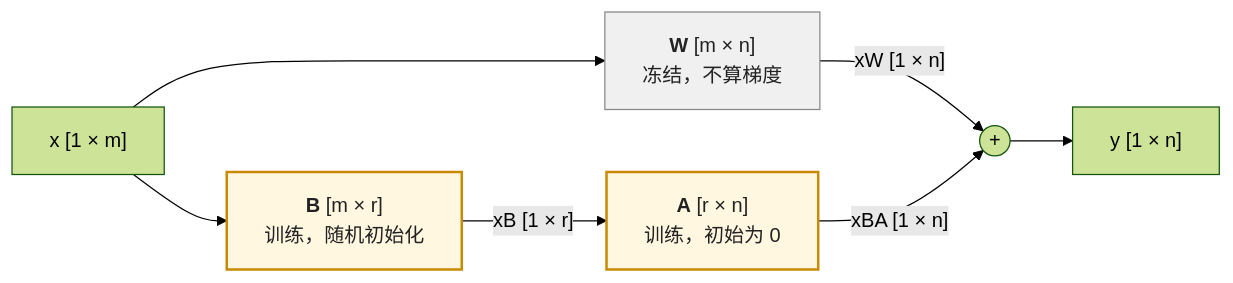
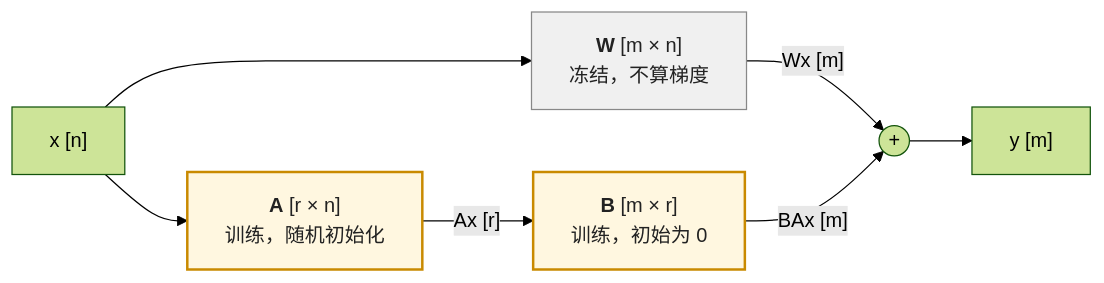
One commit to arganzheng/arganzheng.github.com changed the diagram in _posts/2026-01-10-orthogonal-rotation-svd-and-low-rank.md. Above: the diagram before and after it, drawn with Mermaid (forest theme). The commit also changed other lines of this file and 6 other files, not shown here.

````diff
--- a/_posts/2026-01-10-orthogonal-rotation-svd-and-low-rank.md
+++ b/_posts/2026-01-10-orthogonal-rotation-svd-and-low-rank.md
@@ -226,19 +228,19 @@
 ```mermaid
 %%{init: {"flowchart": {"wrappingWidth": 220}}}%%
-%% 图：LoRA 的前向：冻结的 W 与两个瘦矩阵 B、A 并行，先算 xB 再乘 A
+%% 图：LoRA 的前向：冻结的 W 与两个瘦矩阵 A、B 并行，先算 Ax 再乘 B
 flowchart LR
-    X["x  [1 × m]"] --> W["`**W**  [m × n]
+    X["x  [n]"] --> W["`**W**  [m × n]
 冻结，不算梯度`"]
-    X --> B["`**B**  [m × r]
+    X --> A["`**A**  [r × n]
 训练，随机初始化`"]
-    B -- "xB  [1 × r]" --> A["`**A**  [r × n]
+    A -- "Ax  [r]" --> B["`**B**  [m × r]
 训练，初始为 0`"]
-    W -- "xW  [1 × n]" --> ADD(("+"))
-    A -- "xBA  [1 × n]" --> ADD
-    ADD --> Y["y  [1 × n]"]
+    W -- "Wx  [m]" --> ADD(("+"))
+    B -- "BAx  [m]" --> ADD
+    ADD --> Y["y  [m]"]
 
     classDef frozen fill:#f0f0f0,stroke:#888,color:#222
     classDef train fill:#fff7e0,stroke:#c98a00,stroke-width:2px,color:#222
     class W frozen
     class A,B train
 ```
````
